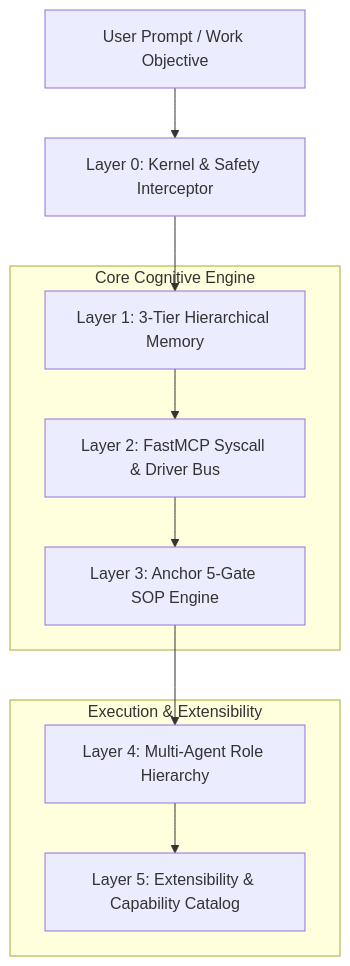
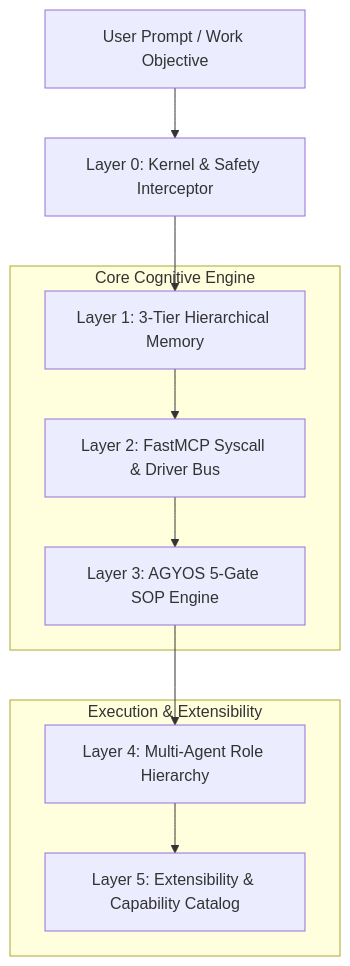
The diagram in docs/ARCHITECTURE.md (krishujeniya/AGYOS), drawn with Mermaid before and after one commit. The commit also changed other lines of this file and 495 other files, not shown here.

````diff
--- a/docs/ARCHITECTURE.md
+++ b/docs/ARCHITECTURE.md
@@ -14,20 +14,20 @@
 ```mermaid
 graph TD
     User["User Prompt / Work Objective"] --> L0["Layer 0: Kernel & Safety Interceptor"]
     L0 --> L1["Layer 1: 3-Tier Hierarchical Memory"]
     L1 --> L2["Layer 2: FastMCP Syscall & Driver Bus"]
-    L2 --> L3["Layer 3: Anchor 5-Gate SOP Engine"]
+    L2 --> L3["Layer 3: AGYOS 5-Gate SOP Engine"]
     L3 --> L4["Layer 4: Multi-Agent Role Hierarchy"]
     L4 --> L5["Layer 5: Extensibility & Capability Catalog"]
 
     subgraph "Core Cognitive Engine"
         L1
         L2
         L3
     end
 
     subgraph "Execution & Extensibility"
         L4
         L5
     end
 ```
````
